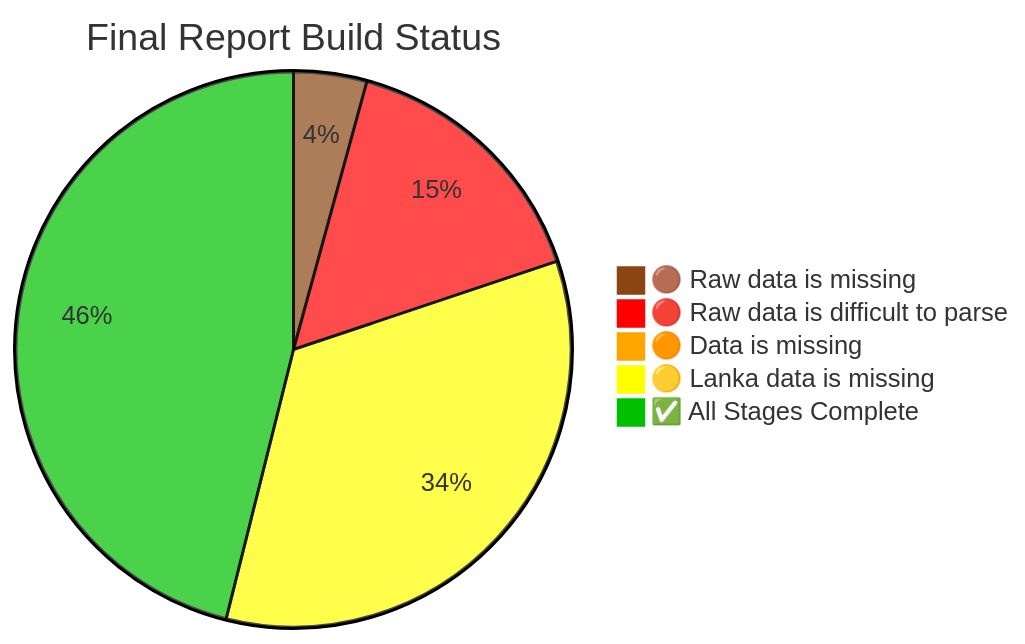
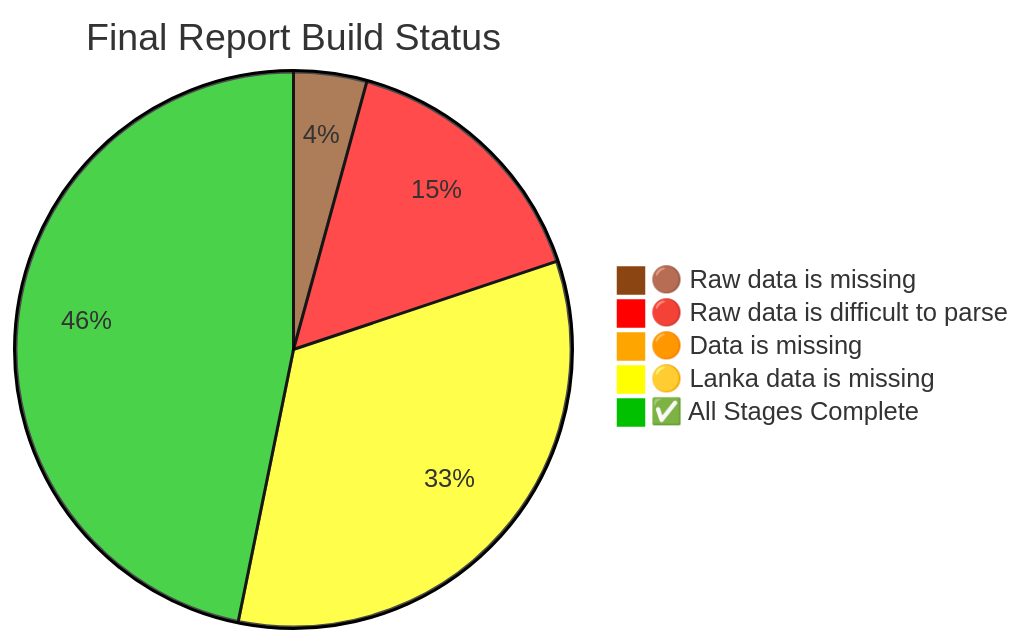
One commit to nuuuwan/lk_census_2024 changed the diagram in README.md. Above: the diagram before and after it, drawn with Mermaid. The commit also changed other lines of this file and 4 other files, not shown here.

Commit message:
Update data structures and add lanka_data.json for 2024, including household counts by sector

````diff
--- a/README.md
+++ b/README.md
@@ -220,9 +220,9 @@
 ```mermaid
 %%{init: {"theme": "base", "themeVariables": {"pie1": "#8B4513", "pie2": "#FF0000", "pie3": "#FFA500", "pie4": "#FFFF00", "pie5": "#00c000"}}}%%
 pie title Final Report Build Status
 "🟤 Raw data is missing" : 6
     "🔴 Raw data is difficult to parse" : 22
     "🟠 Data is missing" : 1
-    "🟡 Lanka data is missing" : 48
-    "✅ All Stages Complete" : 65
+    "🟡 Lanka data is missing" : 47
+    "✅ All Stages Complete" : 66
 ```
````
